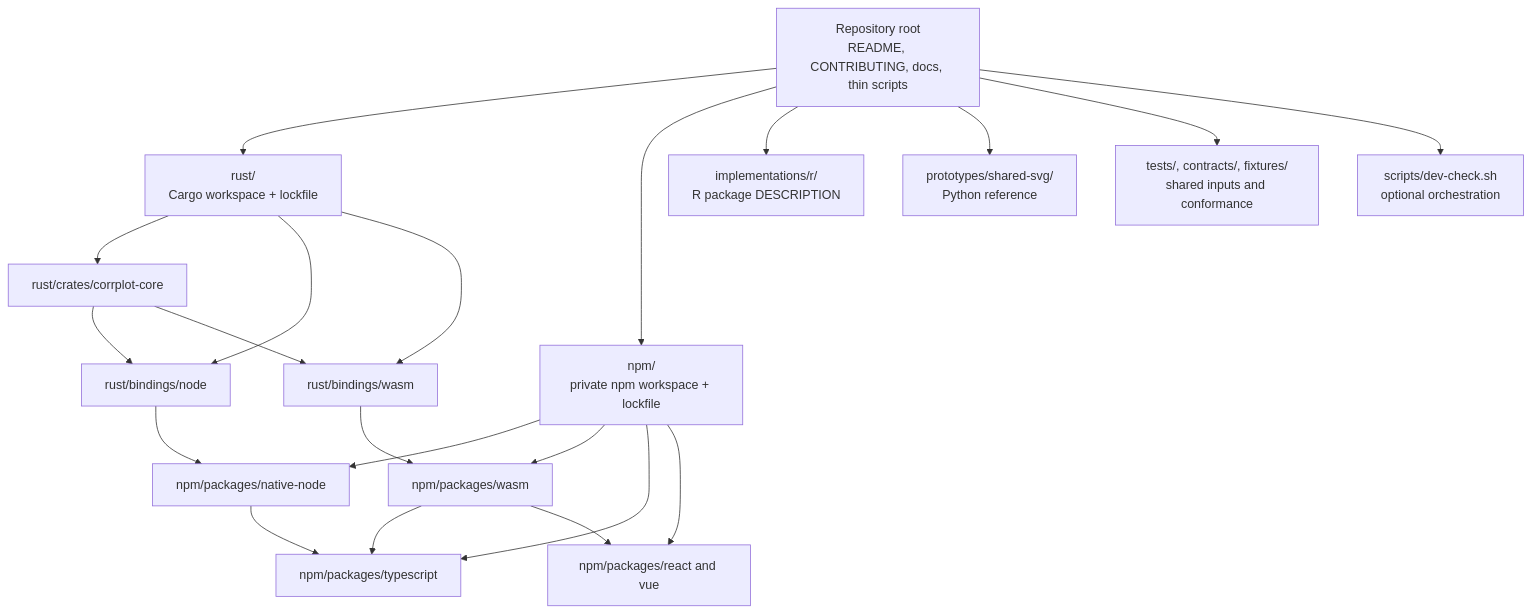
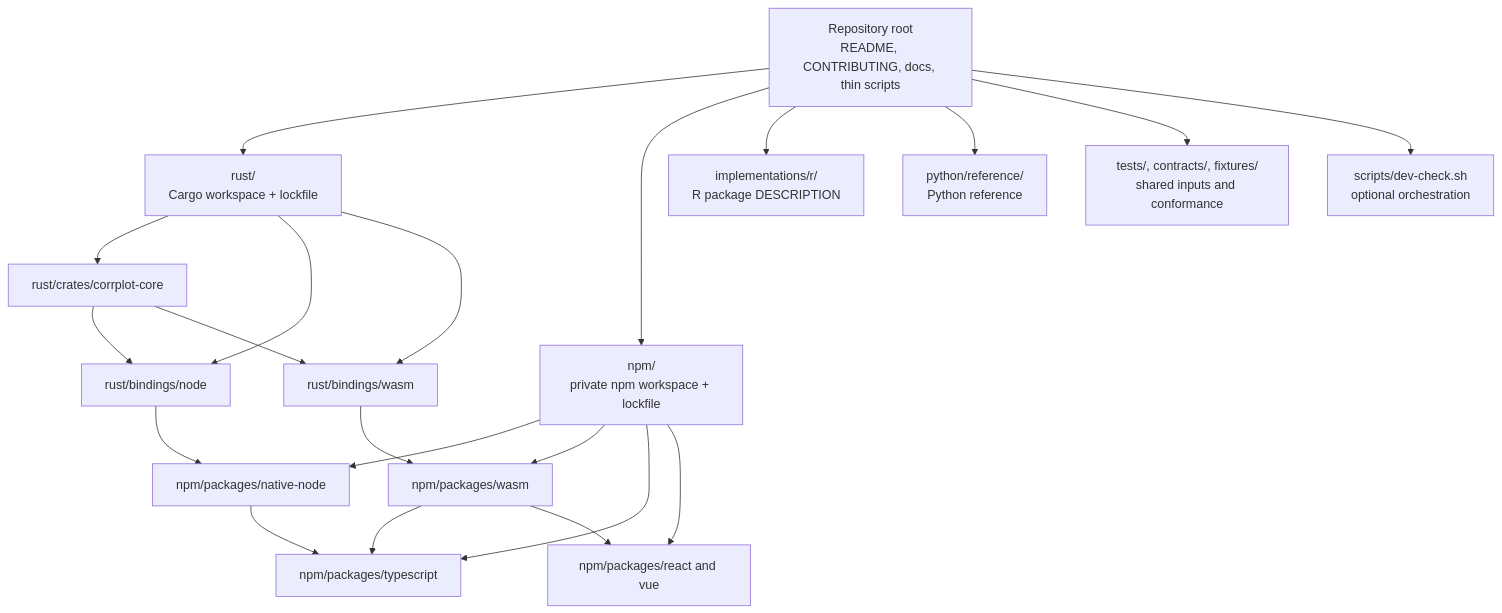
One commit to vsimko/corrplot-ng changed the diagram in docs/development.md. Above: the diagram before and after it, drawn with Mermaid. The commit also changed other lines of this file, not shown here.

Commit message:
refactor: align developer guide with Python project root

````diff
--- a/docs/development.md
+++ b/docs/development.md
@@ -38,24 +39,24 @@
 ```mermaid
 flowchart TB
     ROOT["Repository root\nREADME, CONTRIBUTING, docs, thin scripts"]
     ROOT --> RUST["rust/\nCargo workspace + lockfile"]
     ROOT --> NPM["npm/\nprivate npm workspace + lockfile"]
     ROOT --> RPKG["implementations/r/\nR package DESCRIPTION"]
-    ROOT --> PY["prototypes/shared-svg/\nPython reference"]
+    ROOT --> PY["python/reference/\nPython reference"]
     ROOT --> TESTS["tests/, contracts/, fixtures/\nshared inputs and conformance"]
     ROOT --> ORCH["scripts/dev-check.sh\noptional orchestration"]
     RUST --> CORE["rust/crates/corrplot-core"]
     RUST --> NODE_BINDING["rust/bindings/node"]
     RUST --> WASM_BINDING["rust/bindings/wasm"]
     NPM --> NATIVE_PKG["npm/packages/native-node"]
     NPM --> WASM_PKG["npm/packages/wasm"]
     NPM --> TS_PKG["npm/packages/typescript"]
     NPM --> FRAME_PKG["npm/packages/react and vue"]
     CORE --> NODE_BINDING
     CORE --> WASM_BINDING
     NODE_BINDING --> NATIVE_PKG
     WASM_BINDING --> WASM_PKG
     NATIVE_PKG --> TS_PKG
     WASM_PKG --> TS_PKG
     WASM_PKG --> FRAME_PKG
 ```
````
